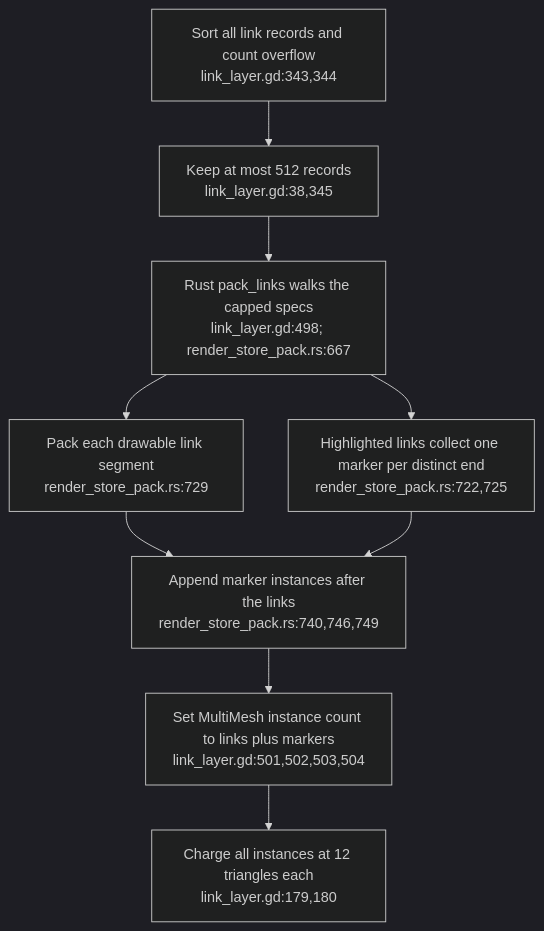
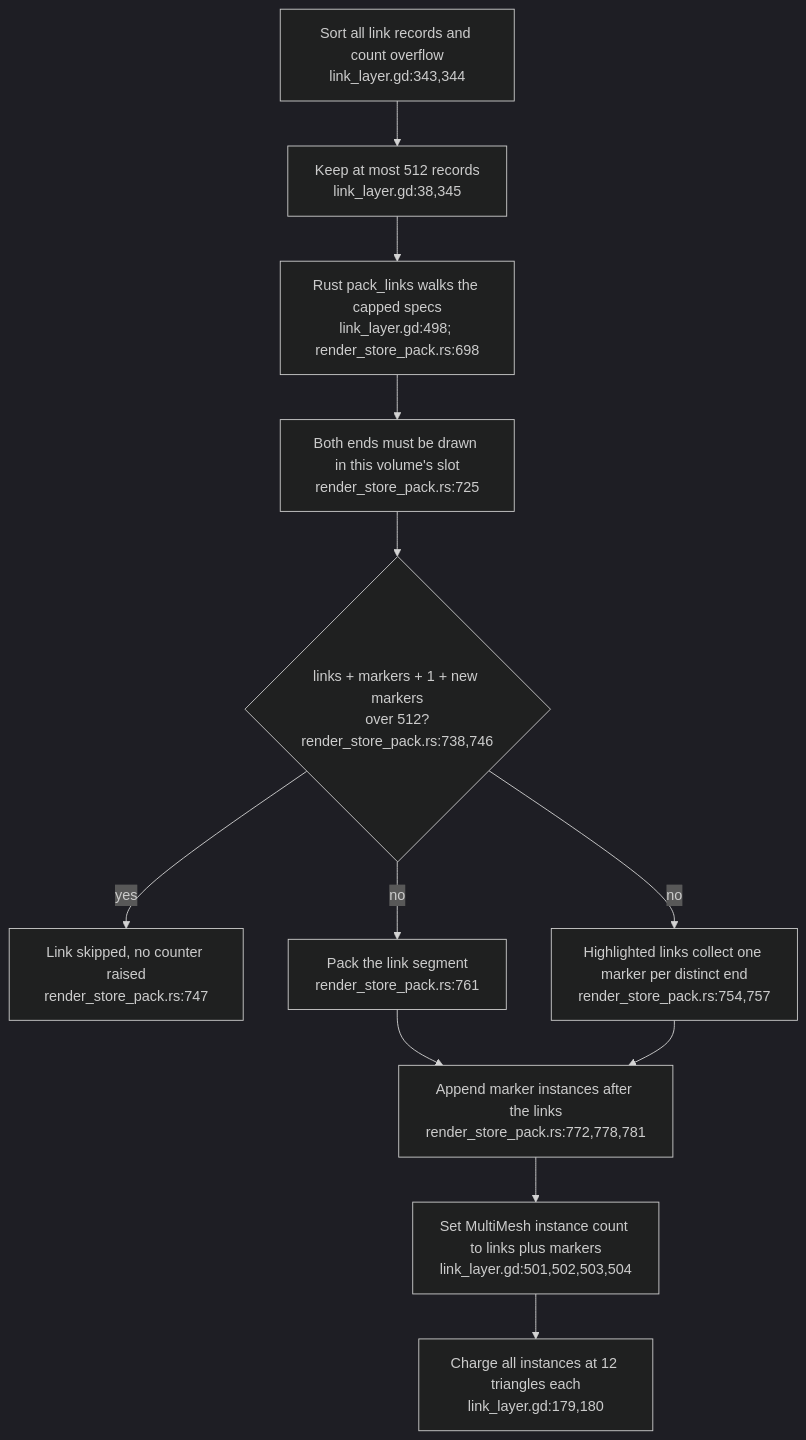
The first of 3 diagrams in docs/diagrams/visionclaw/46-spatial-volume-fit-and-link-budget.md (DreamLab-AI/VisionFlow), drawn with Mermaid (dark theme) before and after one commit. The commit also changed other lines of this file and 56 other files, not shown here.

First line of the commit message:
docs(diagrams): re-verify VisionClaw topics at ec785afa9, add VC-19/56/57 and the VisionClaw register

````diff
--- a/docs/diagrams/visionclaw/46-spatial-volume-fit-and-link-budget.md
+++ b/docs/diagrams/visionclaw/46-spatial-volume-fit-and-link-budget.md
@@ -31,11 +31,14 @@
 ```mermaid
 flowchart TD
     SORT["Sort all link records and count overflow<br/>link_layer.gd:343,344"] --> CAP["Keep at most 512 records<br/>link_layer.gd:38,345"]
-    CAP --> PACK["Rust pack_links walks the capped specs<br/>link_layer.gd:498; render_store_pack.rs:667"]
-    PACK --> SEG["Pack each drawable link segment<br/>render_store_pack.rs:729"]
-    PACK --> MARK["Highlighted links collect one marker per distinct end<br/>render_store_pack.rs:722,725"]
-    SEG --> APPEND["Append marker instances after the links<br/>render_store_pack.rs:740,746,749"]
+    CAP --> PACK["Rust pack_links walks the capped specs<br/>link_layer.gd:498; render_store_pack.rs:698"]
+    PACK --> DRAWN["Both ends must be drawn in this volume's slot<br/>render_store_pack.rs:725"]
+    DRAWN --> ALLOW{"links + markers + 1 + new markers<br/>over 512?<br/>render_store_pack.rs:738,746"}
+    ALLOW -->|yes| SKIP["Link skipped, no counter raised<br/>render_store_pack.rs:747"]
+    ALLOW -->|no| MARK["Highlighted links collect one marker per distinct end<br/>render_store_pack.rs:754,757"]
+    ALLOW -->|no| SEG["Pack the link segment<br/>render_store_pack.rs:761"]
+    SEG --> APPEND["Append marker instances after the links<br/>render_store_pack.rs:772,778,781"]
     MARK --> APPEND
     APPEND --> MM["Set MultiMesh instance count to links plus markers<br/>link_layer.gd:501,502,503,504"]
     MM --> COST["Charge all instances at 12 triangles each<br/>link_layer.gd:179,180"]
 ```
````
